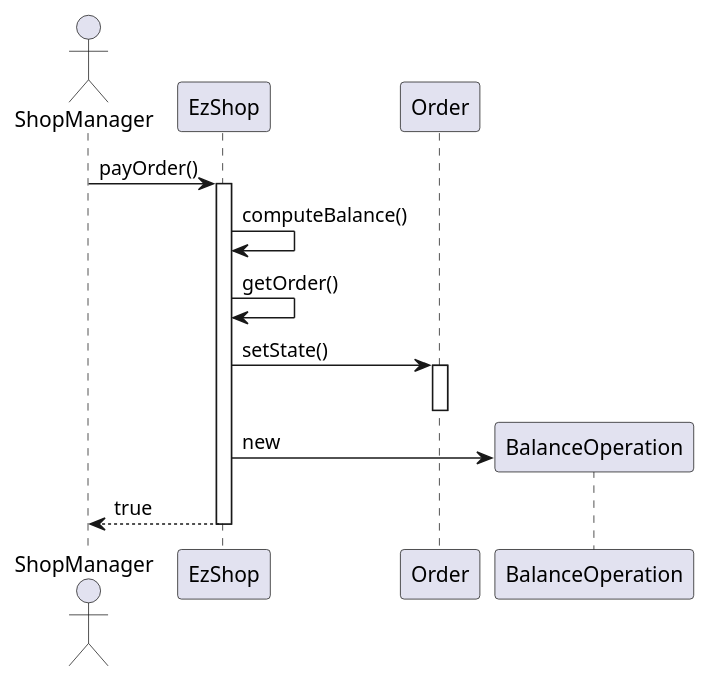
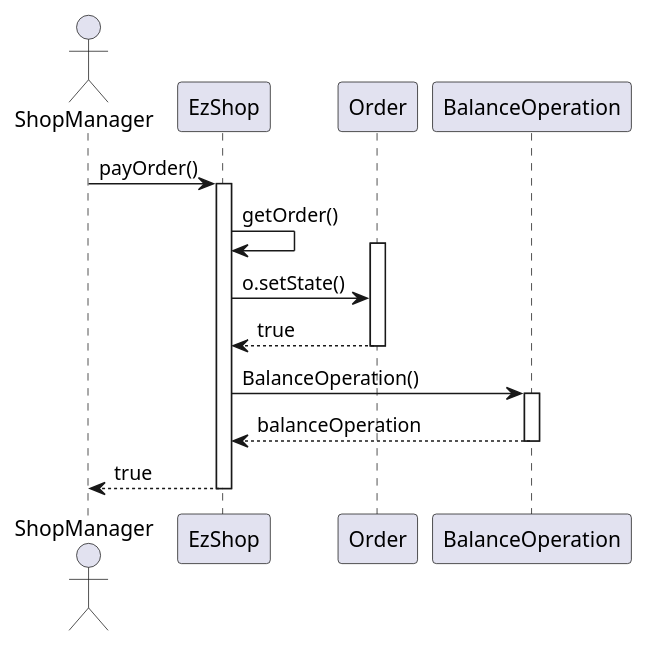
Before and after one commit to paocela/EzShop: diagram 11 of 29 in Deliverables/DesignDocument.md, drawn with PlantUML. The commit also changed other lines of this file, not shown here.

Commit message:
Reviewed all sequence diagrams

````diff
--- a/Deliverables/DesignDocument.md
+++ b/Deliverables/DesignDocument.md
@@ -441,14 +441,17 @@
 ```plantuml
 actor ShopManager
 ShopManager -> EzShop : payOrder()
 activate EzShop
-EzShop -> EzShop : computeBalance()
 EzShop -> EzShop : getOrder()
-EzShop -> Order : setState()
 activate Order
+EzShop -> Order : o.setState()
+EzShop <-- Order : true
 deactivate Order
-EzShop -> BalanceOperation ** : new
+EzShop -> BalanceOperation : BalanceOperation()
+activate BalanceOperation
+EzShop <-- BalanceOperation : balanceOperation
+deactivate BalanceOperation
 ShopManager <-- EzShop : true 
 deactivate EzShop
 
 ```
````
